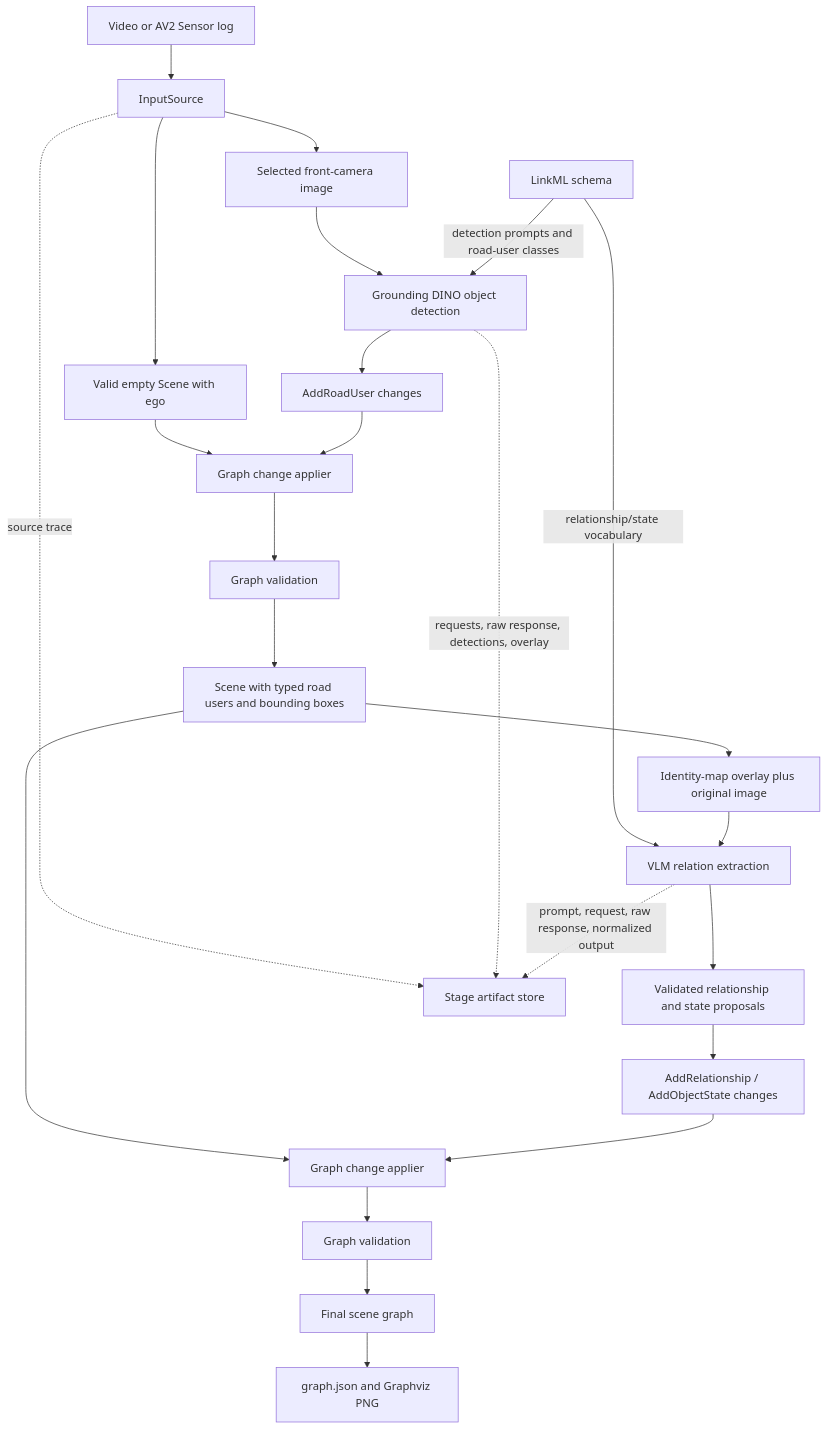
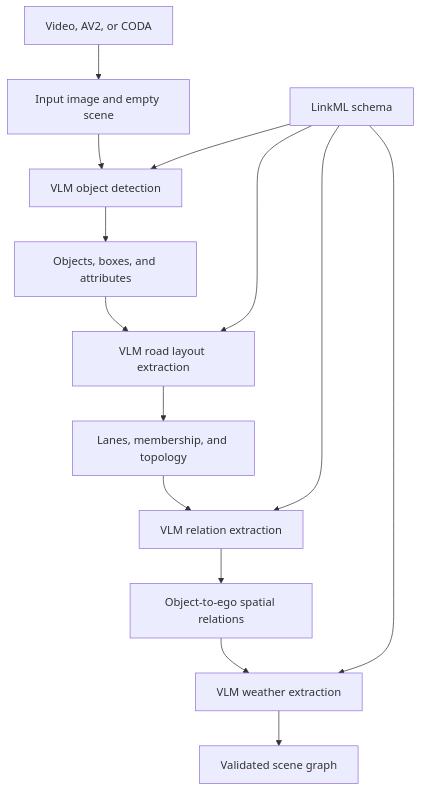
Before and after one commit to yz1d/sgg-vlm: the diagram in README.md, drawn with Mermaid. The commit also changed other lines of this file, not shown here.

````diff
--- a/README.md
+++ b/README.md
@@ -178,27 +23,16 @@
 ```mermaid
 flowchart TD
-    A[Video or AV2 Sensor log] --> B[InputSource]
-    B --> C[Selected front-camera image]
-    B --> D[Valid empty Scene with ego]
-    C --> E[Grounding DINO object detection]
-    S[LinkML schema] -->|detection prompts and road-user classes| E
-    E --> F[AddRoadUser changes]
-    D --> G[Graph change applier]
-    F --> G
-    G --> H[Graph validation]
-    H --> I[Scene with typed road users and bounding boxes]
-    I --> J[Identity-map overlay plus original image]
-    S -->|relationship/state vocabulary| K[VLM relation extraction]
-    J --> K
-    K --> L[Validated relationship and state proposals]
-    L --> M[AddRelationship / AddObjectState changes]
-    I --> N[Graph change applier]
-    M --> N
-    N --> O[Graph validation]
-    O --> P[Final scene graph]
-    P --> Q[graph.json and Graphviz PNG]
-
-    B -. source trace .-> R[Stage artifact store]
-    E -. requests, raw response, detections, overlay .-> R
-    K -. prompt, request, raw response, normalized output .-> R
+    A[Video, AV2, or CODA] --> B[Input image and empty scene]
+    B --> C[VLM object detection]
+    C --> D[Objects, boxes, and attributes]
+    D --> E[VLM road layout extraction]
+    E --> F[Lanes, membership, and topology]
+    F --> G[VLM relation extraction]
+    G --> H[Object-to-ego spatial relations]
+    H --> I[VLM weather extraction]
+    I --> J[Validated scene graph]
+    S[LinkML schema] --> C
+    S --> E
+    S --> G
+    S --> I
 ```
````
